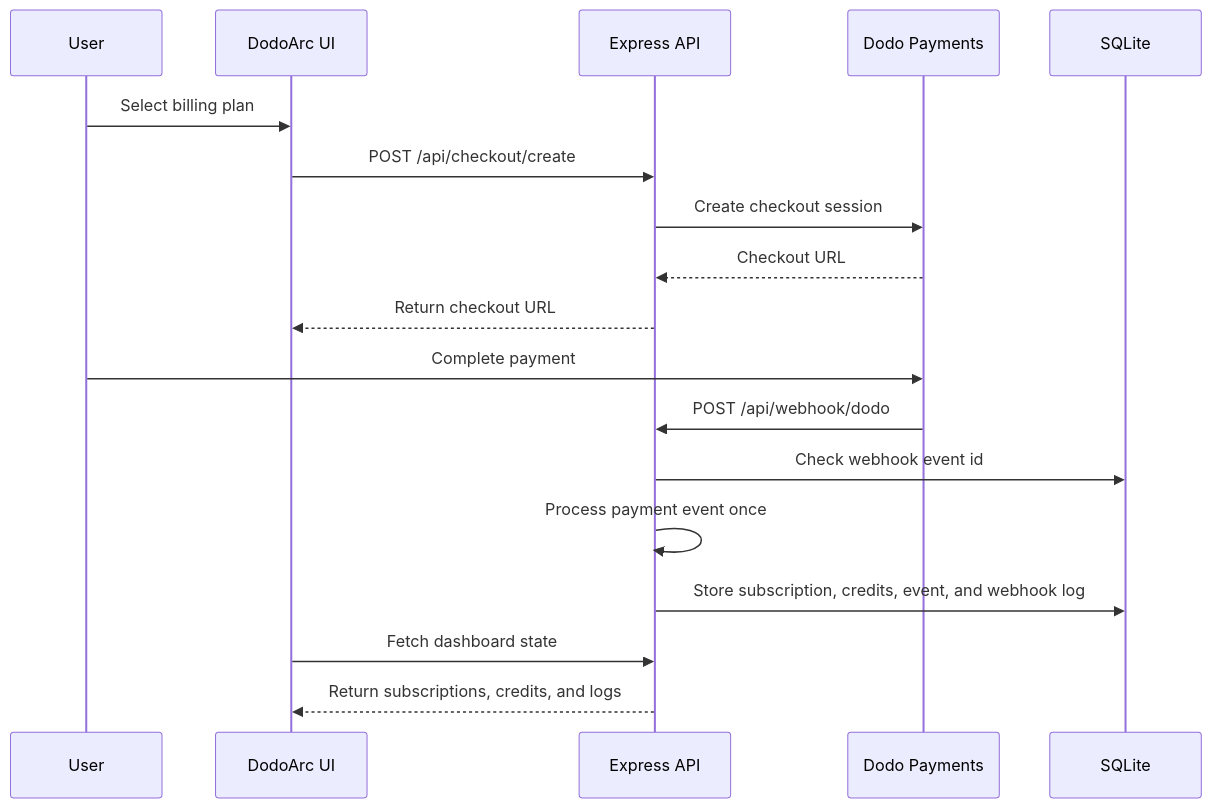
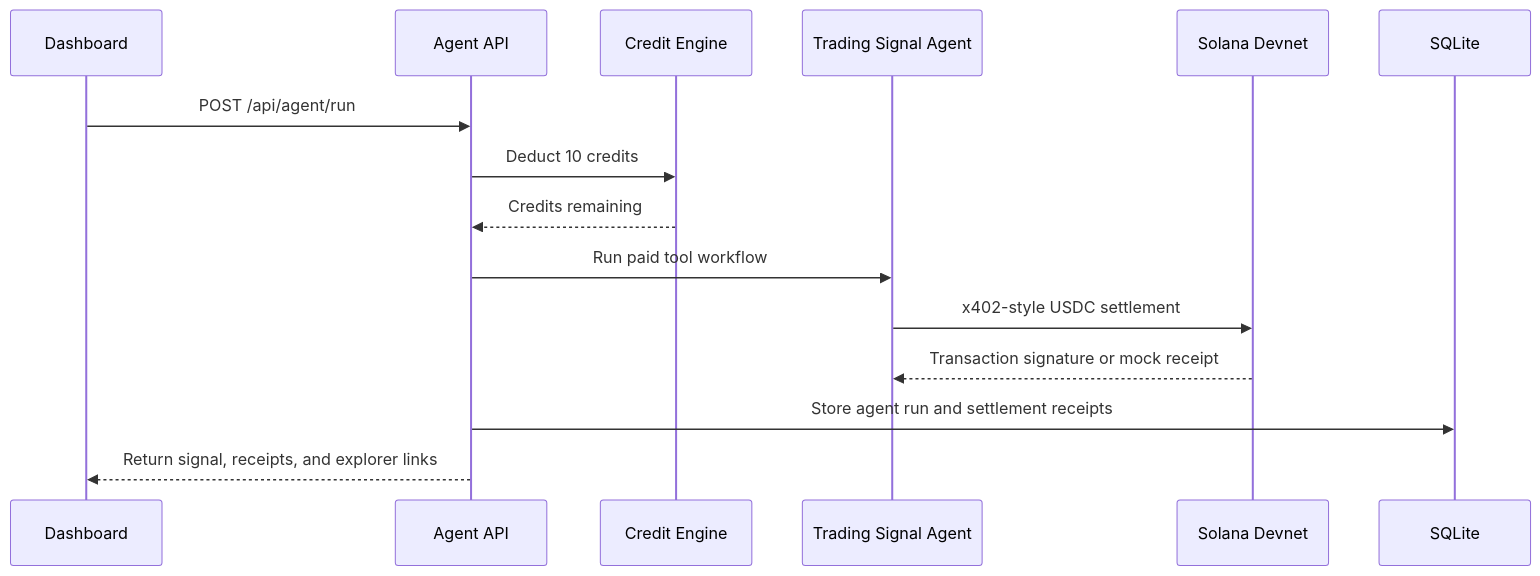
The third of 4 diagrams in README.md (ShivamSoni20/DodoArc), drawn with Mermaid before and after one commit. The commit also changed other lines of this file and 16 other files, not shown here.

Commit message:
Build DodoArc milestone 3

````diff
--- a/README.md
+++ b/README.md
@@ -112,21 +150,18 @@
 ```mermaid
 sequenceDiagram
-    participant User
-    participant UI as DodoArc UI
-    participant API as Express API
-    participant Dodo as Dodo Payments
+    participant UI as Dashboard
+    participant API as Agent API
+    participant Credits as Credit Engine
+    participant Agent as Trading Signal Agent
+    participant Solana as Solana Devnet
     participant DB as SQLite
 
-    User->>UI: Select billing plan
-    UI->>API: POST /api/checkout/create
-    API->>Dodo: Create checkout session
-    Dodo-->>API: Checkout URL
-    API-->>UI: Return checkout URL
-    User->>Dodo: Complete payment
-    Dodo->>API: POST /api/webhook/dodo
-    API->>DB: Check webhook event id
-    API->>API: Process payment event once
-    API->>DB: Store subscription, credits, event, and webhook log
-    UI->>API: Fetch dashboard state
-    API-->>UI: Return subscriptions, credits, and logs
+    UI->>API: POST /api/agent/run
+    API->>Credits: Deduct 10 credits
+    Credits-->>API: Credits remaining
+    API->>Agent: Run paid tool workflow
+    Agent->>Solana: x402-style USDC settlement
+    Solana-->>Agent: Transaction signature or mock receipt
+    API->>DB: Store agent run and settlement receipts
+    API-->>UI: Return signal, receipts, and explorer links
 ```
````
